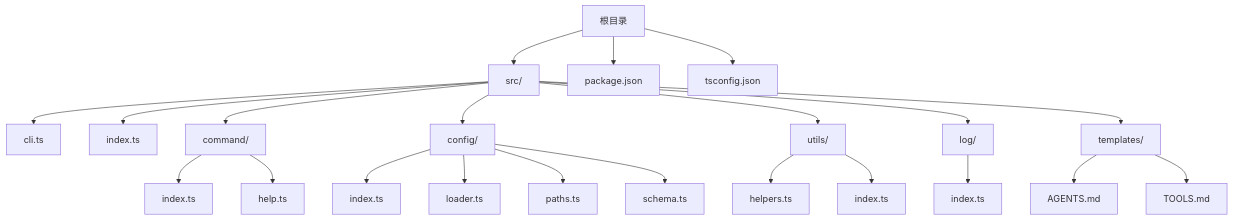
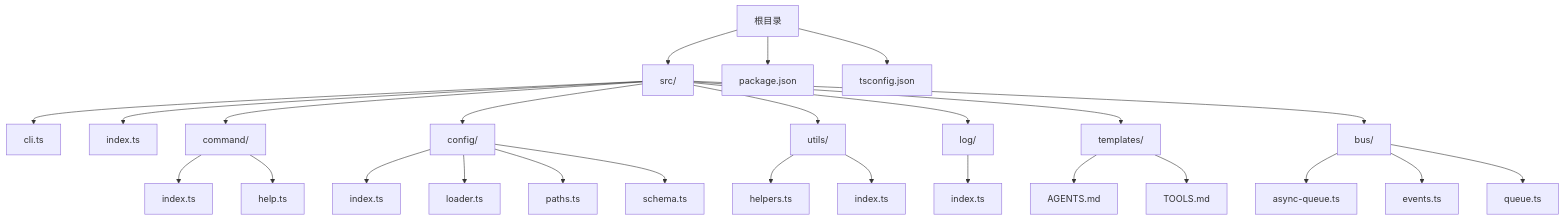
Before and after one commit to neciszhang/batbot: the first of 9 diagrams in .qoder/repowiki/zh/content/开发者指南/开发者指南.md, drawn with Mermaid. The commit also changed other lines of this file and 7 other files, not shown here.

````diff
--- a/.qoder/repowiki/zh/content/开发者指南/开发者指南.md
+++ b/.qoder/repowiki/zh/content/开发者指南/开发者指南.md
@@ -40,24 +44,28 @@
 ```mermaid
 graph TB
 A["根目录"] --> B["src/"]
 A --> C["package.json"]
 A --> D["tsconfig.json"]
 B --> B1["cli.ts"]
 B --> B2["index.ts"]
 B --> B3["command/"]
 B --> B4["config/"]
 B --> B5["utils/"]
 B --> B6["log/"]
 B --> B7["templates/"]
+B --> B8["bus/"]
 B3 --> B3a["index.ts"]
 B3 --> B3b["help.ts"]
 B4 --> B4a["index.ts"]
 B4 --> B4b["loader.ts"]
 B4 --> B4c["paths.ts"]
 B4 --> B4d["schema.ts"]
 B5 --> B5a["helpers.ts"]
 B5 --> B5b["index.ts"]
 B6 --> B6a["index.ts"]
 B7 --> B7a["AGENTS.md"]
 B7 --> B7b["TOOLS.md"]
+B8 --> B8a["async-queue.ts"]
+B8 --> B8b["events.ts"]
+B8 --> B8c["queue.ts"]
 ```
````
